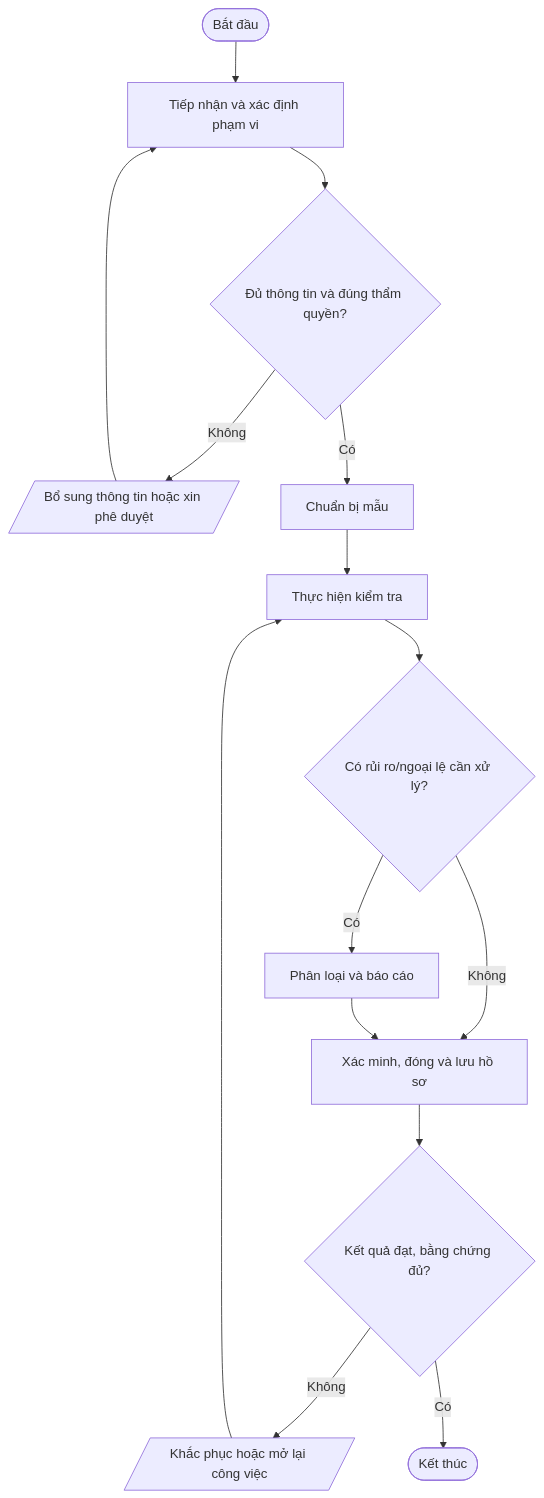
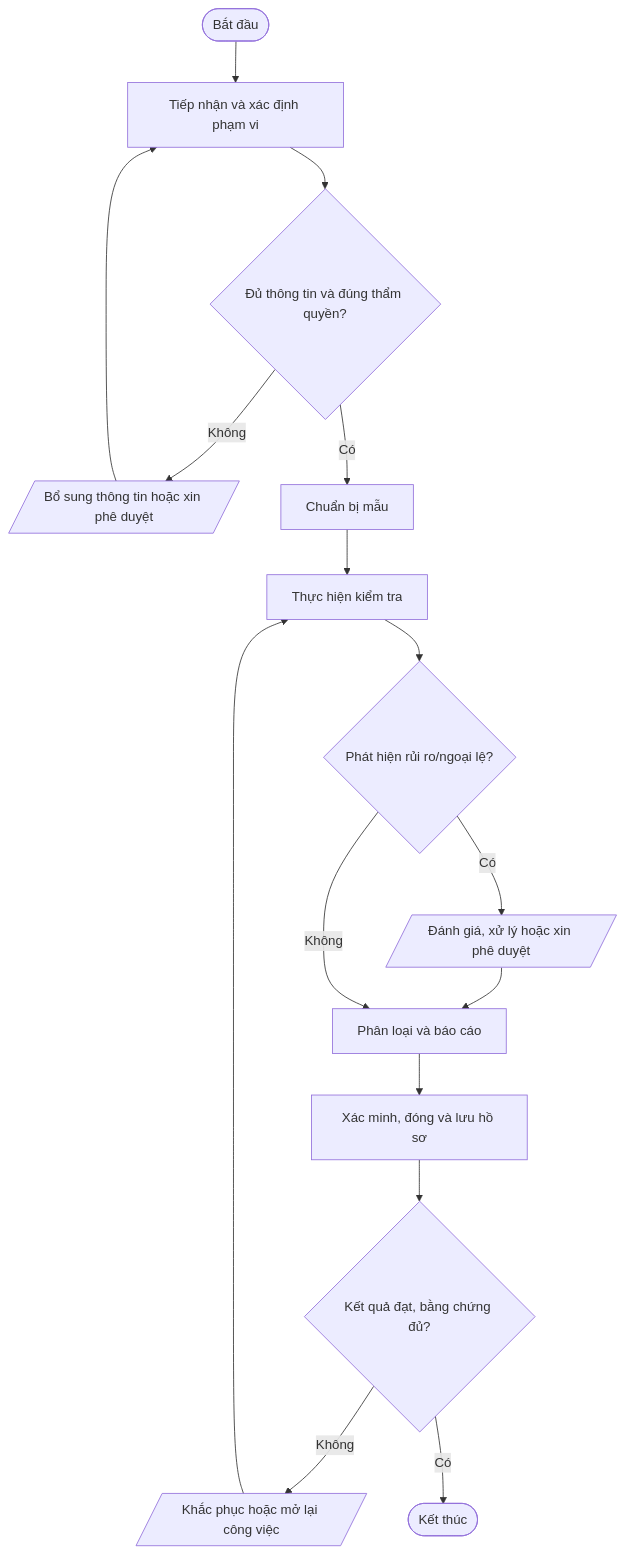
Before and after one commit to daoaigiangnam/Quy_Trinh_Chuan: the sixth of 7 diagrams in quy-trinh/01-Quan-tri-ISMS/README.md, drawn with Mermaid. The commit also changed other lines of this file, not shown here.

Commit message:
docs: correct procedure flowchart decision paths

````diff
--- a/quy-trinh/01-Quan-tri-ISMS/README.md
+++ b/quy-trinh/01-Quan-tri-ISMS/README.md
@@ -493,17 +498,18 @@
 ```mermaid
 flowchart TD
   A([Bắt đầu]) --> S1["Tiếp nhận và xác định phạm vi"]
   S1 --> D1{"Đủ thông tin và đúng thẩm quyền?"}
   D1 -- Không --> F1[/"Bổ sung thông tin hoặc xin phê duyệt"/]
   F1 --> S1
   D1 -- Có --> S2["Chuẩn bị mẫu"]
   S2 --> S3["Thực hiện kiểm tra"]
-  S3 --> D2{"Có rủi ro/ngoại lệ cần xử lý?"}
-  D2 -- Có --> S4["Phân loại và báo cáo"]
-  D2 -- Không --> S5["Xác minh, đóng và lưu hồ sơ"]
-  S4 --> S5
+  S3 --> D2{"Phát hiện rủi ro/ngoại lệ?"}
+  D2 -- Có --> RISK[/"Đánh giá, xử lý hoặc xin phê duyệt"/]
+  RISK --> S4["Phân loại và báo cáo"]
+  D2 -- Không --> S4
+  S4 --> S5["Xác minh, đóng và lưu hồ sơ"]
   S5 --> D3{"Kết quả đạt, bằng chứng đủ?"}
   D3 -- Không --> R[/"Khắc phục hoặc mở lại công việc"/]
   R --> S3
   D3 -- Có --> Z([Kết thúc])
 ```
````
